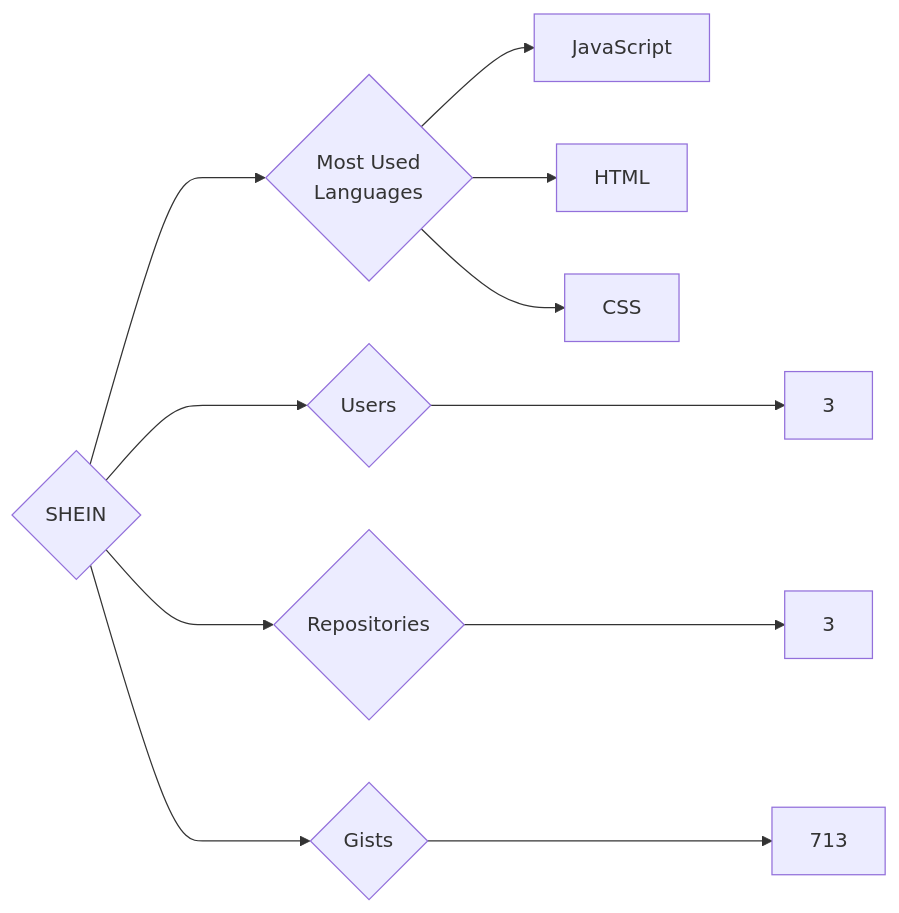
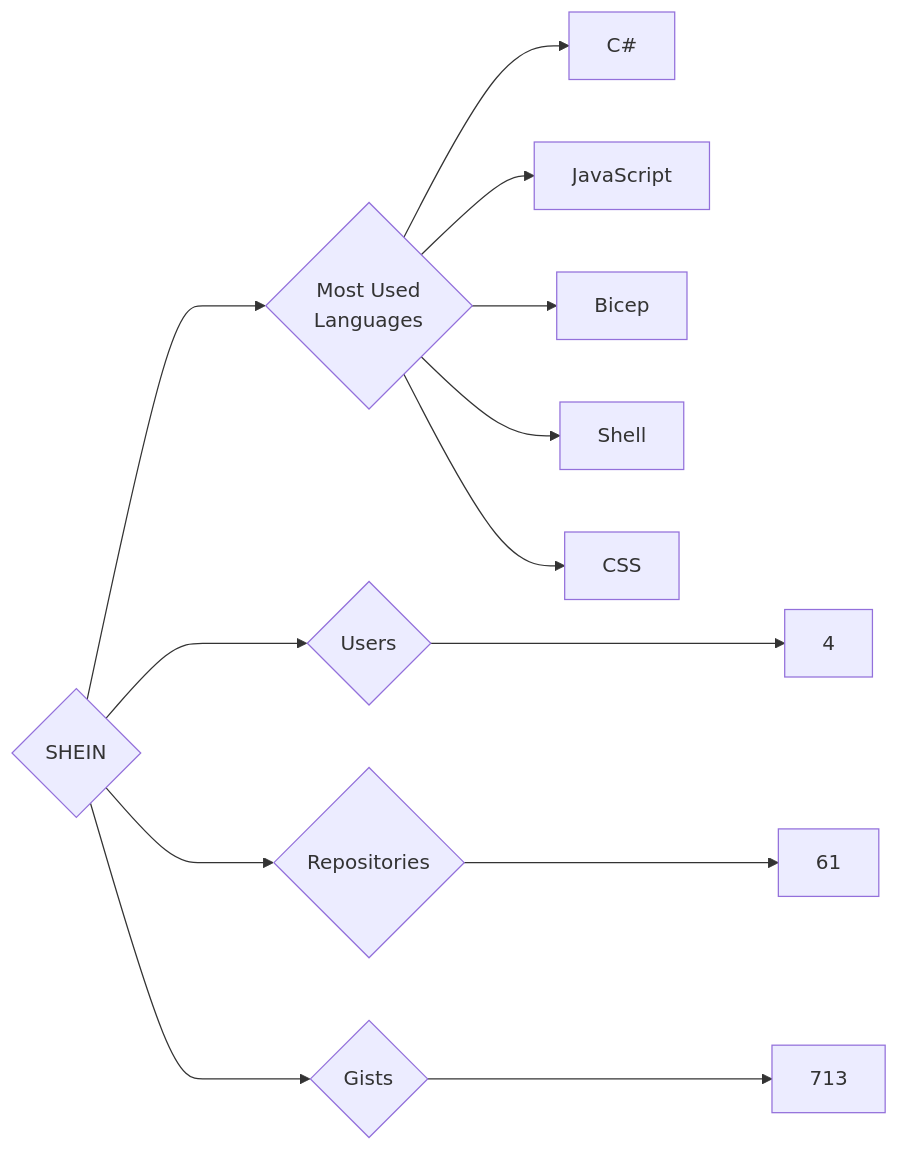
Before and after one commit to trickest/insiders: the diagram in targets/SHEIN/README.md, drawn with Mermaid. The commit also changed 1479 other files, not shown here.

````diff
--- a/targets/SHEIN/README.md
+++ b/targets/SHEIN/README.md
@@ -3,11 +3,13 @@
 ```mermaid
 graph LR
 COMPANY_NAME{SHEIN}
-COMPANY_NAME ---> U{Users} ---> UN[3]
-COMPANY_NAME ---> R{Repositories} ---> RN[3]
+COMPANY_NAME ---> U{Users} ---> UN[4]
+COMPANY_NAME ---> R{Repositories} ---> RN[61]
 COMPANY_NAME ---> G{Gists} ---> GN[713]
 COMPANY_NAME ---> ML{Most Used<br>Languages}
+ML --> C#[C#]
 ML --> JavaScript[JavaScript]
-ML --> HTML[HTML]
+ML --> Bicep[Bicep]
+ML --> Shell[Shell]
 ML --> CSS[CSS]
 ```
````
